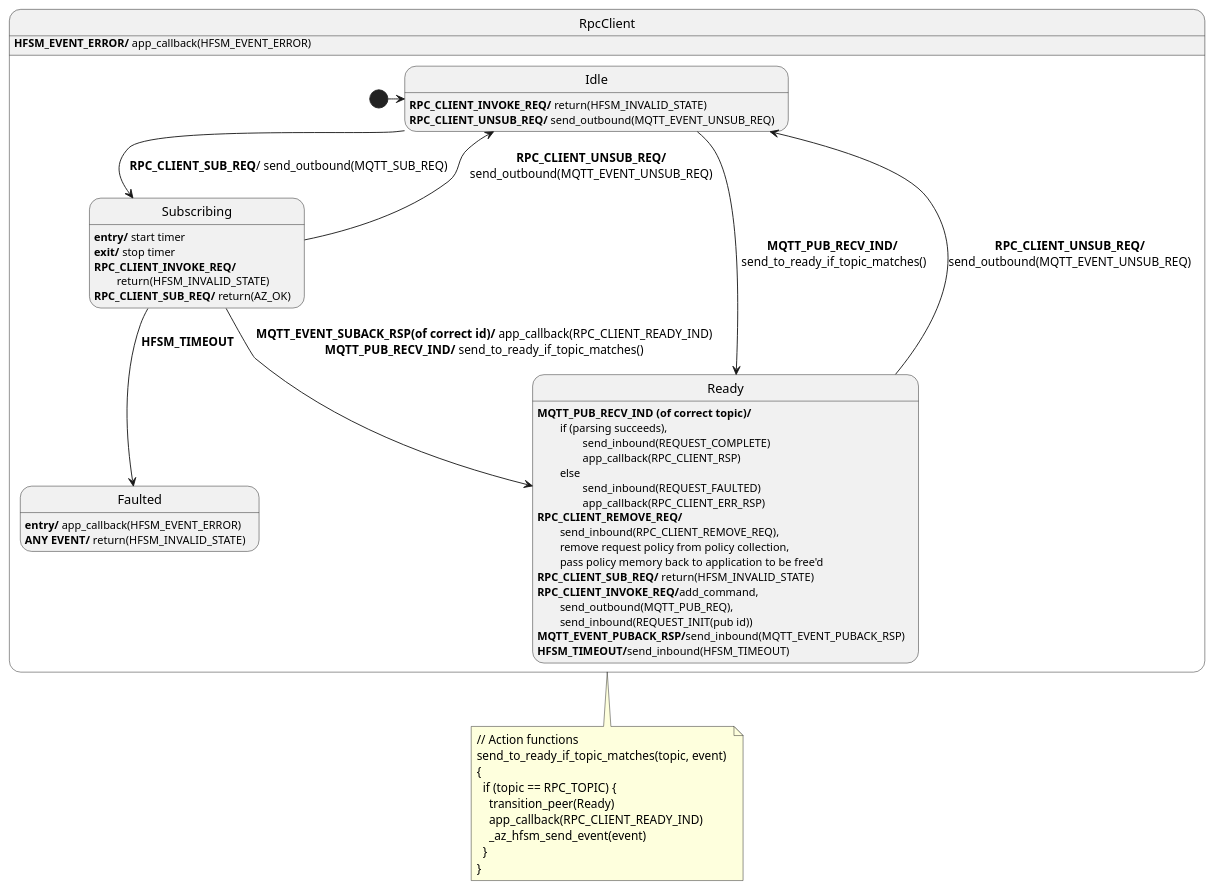
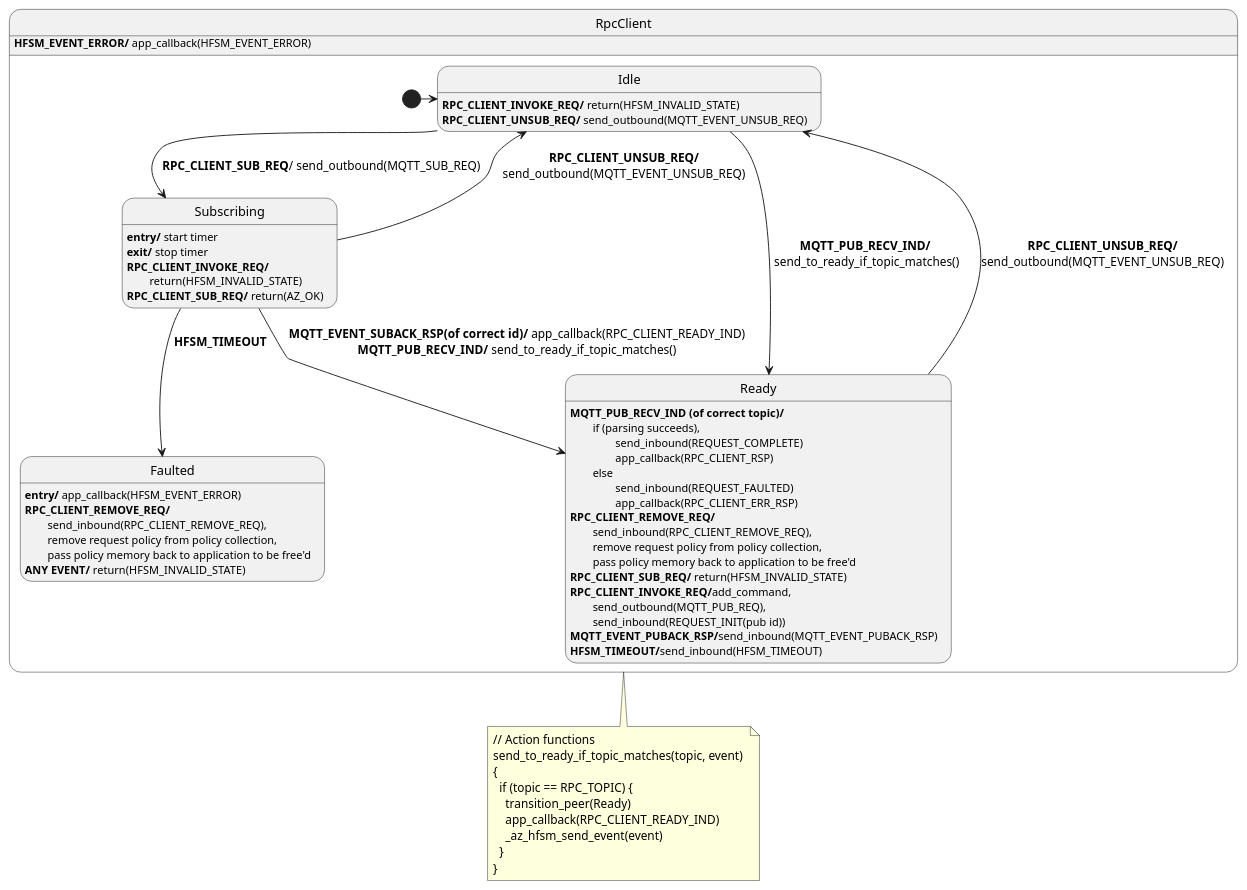
The diagram in sdk/docs/core/resources/mqtt_rpc_client.puml (Azure/azure-sdk-for-c), drawn with PlantUML before and after one commit. The commit also changed 1 other file, not shown here.

Commit message:
allow requests to be cleaned up even if rpc client is faulted

```diff
--- a/sdk/docs/core/resources/mqtt_rpc_client.puml
+++ b/sdk/docs/core/resources/mqtt_rpc_client.puml
@@ -1,51 +1,52 @@
 @startuml
 ' ignore these as handled outside of this diagram: MQTT_EVENT_CONNECT_REQ, MQTT_EVENT_CONNECT_RSP, MQTT_EVENT_DISCONNECT_REQ, MQTT_EVENT_DISCONNECT_RSP
 ' Assumptions:
 ' 0. Unknown events are forwarded (in their original direction, either inbound or outbound).
 ' 1. If RPC_CLIENT_READY_IND hasn't already been sent, RPC_CLIENT_SUB_REQ is guaranteed to respond with either RPC_CLIENT_READY_IND, or HFSM_EVENT_ERROR if the subscribe request timed out.
 ' 2. RPC_CLIENT_READY_IND will not be sent more than once unless the client unsubscribes or gets unsubscribed.
 ' 3. app_callback, send_inbound, send_outbound are used to send information to the app, request policy collection, and network respectively.
 
 state RpcClient {
   state Idle
   Idle : <b>RPC_CLIENT_INVOKE_REQ/</b> return(HFSM_INVALID_STATE)
   Idle : <b>RPC_CLIENT_UNSUB_REQ/</b> send_outbound(MQTT_EVENT_UNSUB_REQ)
 
   state Faulted
   Faulted : <b>entry/</b> app_callback(HFSM_EVENT_ERROR)
+  Faulted : <b>RPC_CLIENT_REMOVE_REQ/</b>\n\tsend_inbound(RPC_CLIENT_REMOVE_REQ),\n\tremove request policy from policy collection,\n\tpass policy memory back to application to be free'd
   Faulted : <b>ANY EVENT/</b> return(HFSM_INVALID_STATE)
     
   state Subscribing
   Subscribing : <b>entry/</b> start timer
   Subscribing : <b>exit/</b> stop timer
   Subscribing : <b>RPC_CLIENT_INVOKE_REQ/</b>\n\treturn(HFSM_INVALID_STATE)
   Subscribing : <b>RPC_CLIENT_SUB_REQ/</b> return(AZ_OK) 
 
   [*] -> Idle
   Idle --> Subscribing : <b>RPC_CLIENT_SUB_REQ</b>/ send_outbound(MQTT_SUB_REQ)
   Idle --> Ready : <b>MQTT_PUB_RECV_IND/</b>\n send_to_ready_if_topic_matches()
   Subscribing --> Faulted : <b>HFSM_TIMEOUT</b>
   Subscribing --> Ready : <b>MQTT_EVENT_SUBACK_RSP(of correct id)/</b> app_callback(RPC_CLIENT_READY_IND)\n<b>MQTT_PUB_RECV_IND/</b> send_to_ready_if_topic_matches()
   Ready --> Idle : <b>RPC_CLIENT_UNSUB_REQ/</b>\nsend_outbound(MQTT_EVENT_UNSUB_REQ)
   Subscribing --> Idle : <b>RPC_CLIENT_UNSUB_REQ/</b>\nsend_outbound(MQTT_EVENT_UNSUB_REQ)
 
   Ready : <b>MQTT_PUB_RECV_IND (of correct topic)/</b>\n\tif (parsing succeeds),\n\t\tsend_inbound(REQUEST_COMPLETE)\n\t\tapp_callback(RPC_CLIENT_RSP)\n\telse\n\t\tsend_inbound(REQUEST_FAULTED)\n\t\tapp_callback(RPC_CLIENT_ERR_RSP)
   Ready : <b>RPC_CLIENT_REMOVE_REQ/</b>\n\tsend_inbound(RPC_CLIENT_REMOVE_REQ),\n\tremove request policy from policy collection,\n\tpass policy memory back to application to be free'd
   Ready : <b>RPC_CLIENT_SUB_REQ/</b> return(HFSM_INVALID_STATE)
   Ready : <b>RPC_CLIENT_INVOKE_REQ/</b>add_command,\n\tsend_outbound(MQTT_PUB_REQ),\n\tsend_inbound(REQUEST_INIT(pub id))
   Ready : <b>MQTT_EVENT_PUBACK_RSP/</b>send_inbound(MQTT_EVENT_PUBACK_RSP)
   Ready : <b>HFSM_TIMEOUT/</b>send_inbound(HFSM_TIMEOUT)
 }
 RpcClient : <b>HFSM_EVENT_ERROR/</b> app_callback(HFSM_EVENT_ERROR)
 note bottom of RpcClient
   // Action functions
   send_to_ready_if_topic_matches(topic, event) 
   {
     if (topic == RPC_TOPIC) {
       transition_peer(Ready)
       app_callback(RPC_CLIENT_READY_IND)
       _az_hfsm_send_event(event)
     }
   }
 end note
 @enduml
```
